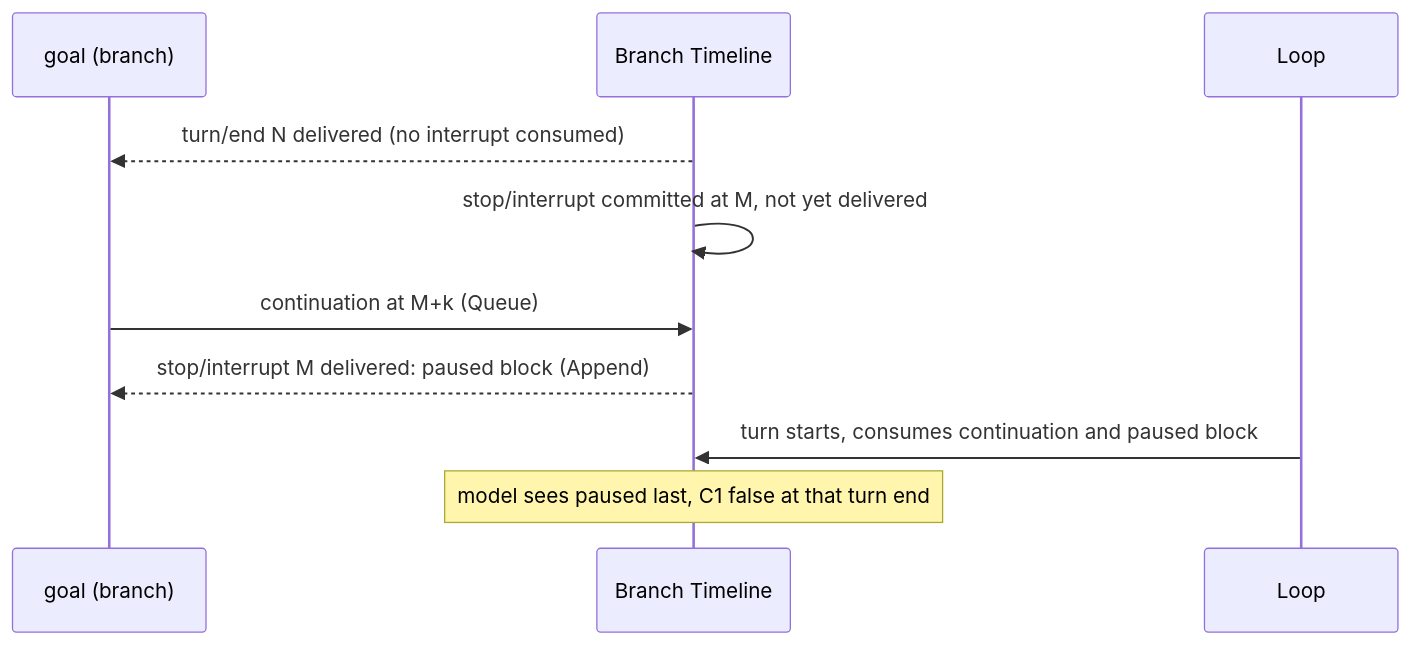
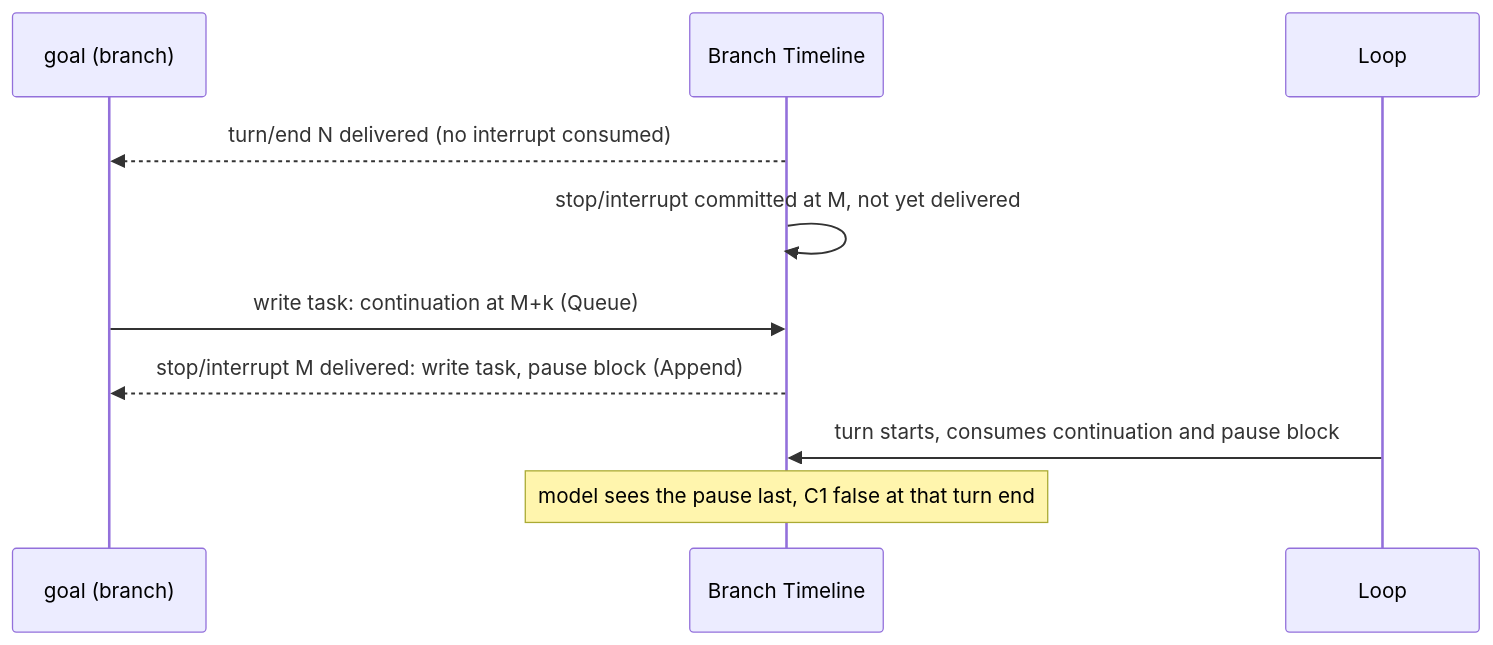
Before and after one commit to CoutinhoTTS/dim-agent: the sixth of 6 diagrams in docs/design/plugins/Goal.md, drawn with Mermaid. The commit also changed other lines of this file and 40 other files, not shown here.

````diff
--- a/docs/design/plugins/Goal.md
+++ b/docs/design/plugins/Goal.md
@@ -146,12 +166,12 @@
 ```mermaid
 sequenceDiagram
   participant G as goal (branch)
   participant TL as Branch Timeline
   participant LP as Loop
   TL-->>G: turn/end N delivered (no interrupt consumed)
   TL->>TL: stop/interrupt committed at M, not yet delivered
-  G->>TL: continuation at M+k (Queue)
-  TL-->>G: stop/interrupt M delivered: paused block (Append)
-  LP->>TL: turn starts, consumes continuation and paused block
-  Note over TL: model sees paused last, C1 false at that turn end
+  G->>TL: write task: continuation at M+k (Queue)
+  TL-->>G: stop/interrupt M delivered: write task, pause block (Append)
+  LP->>TL: turn starts, consumes continuation and pause block
+  Note over TL: model sees the pause last, C1 false at that turn end
 ```
````
